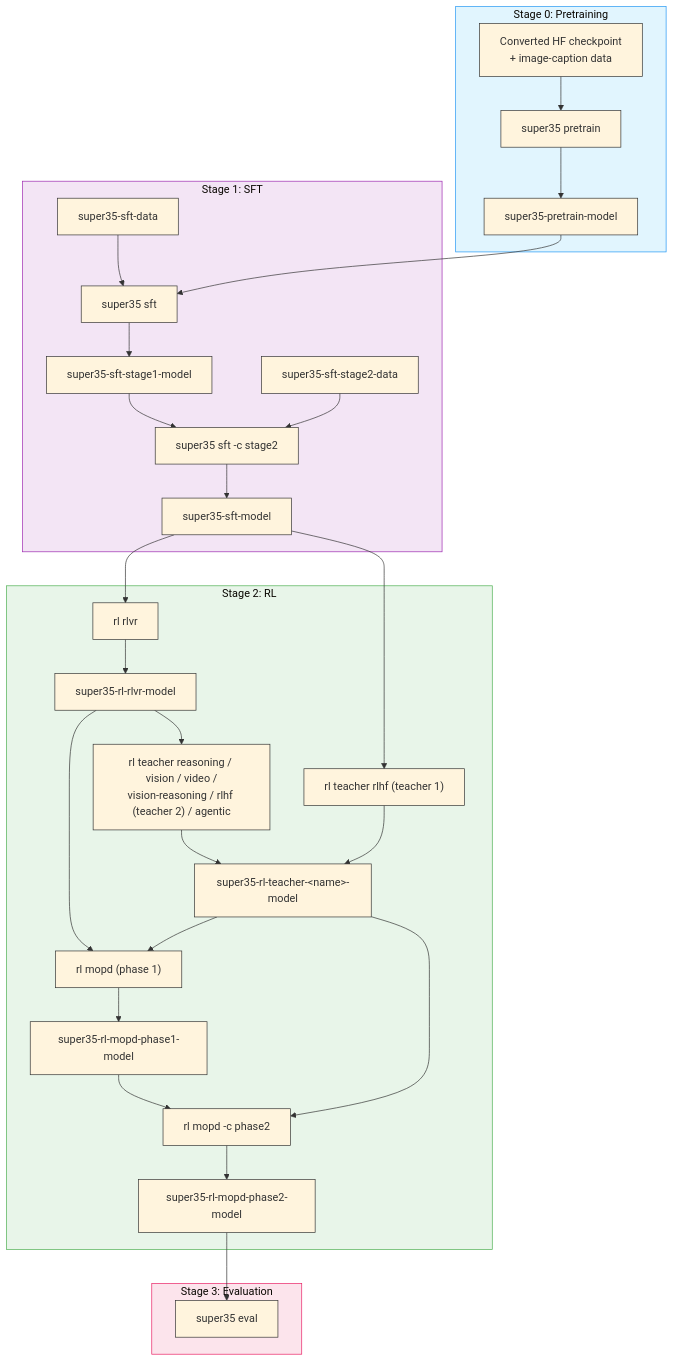
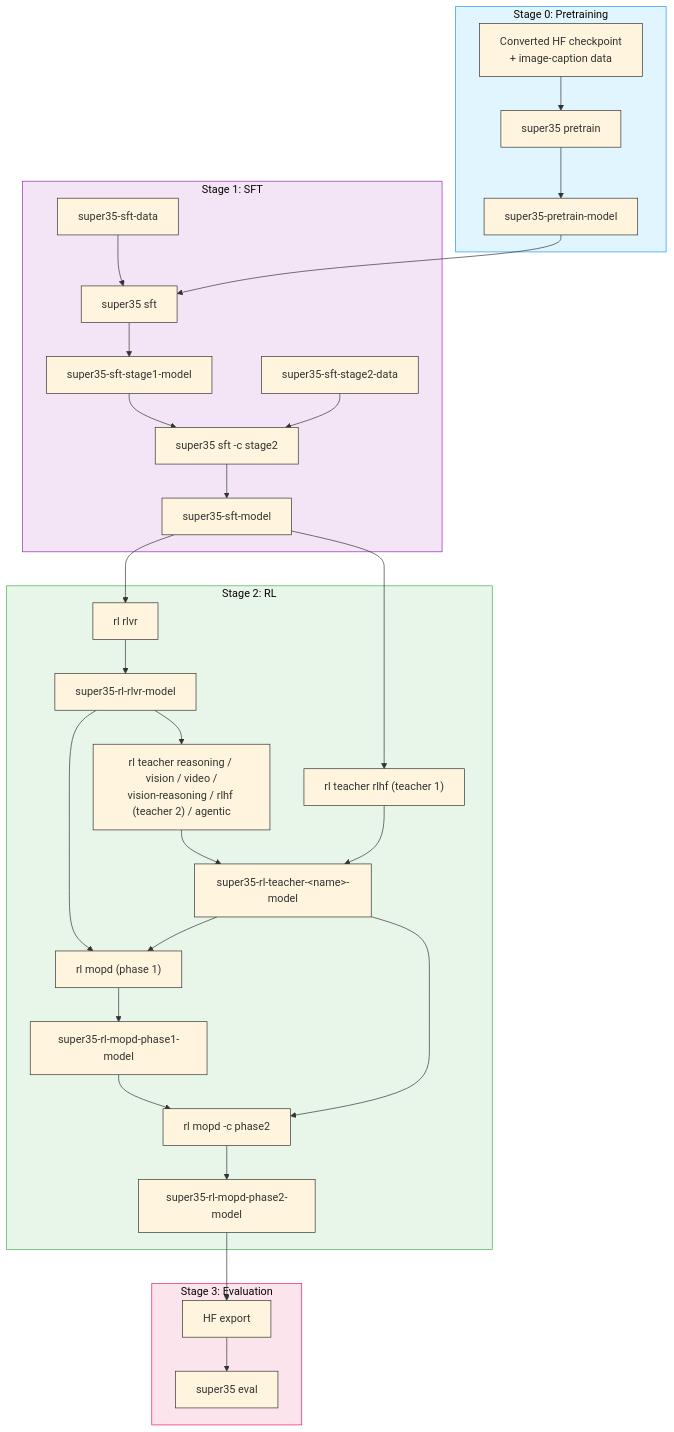
The second of 2 diagrams in docs/nemotron/super35/README.md (NVIDIA-NeMo/Nemotron), drawn with Mermaid before and after one commit. The commit also changed other lines of this file and 26 other files, not shown here.

````diff
--- a/docs/nemotron/super35/README.md
+++ b/docs/nemotron/super35/README.md
@@ -293,41 +229,41 @@
 ```mermaid
 %%{init: {'theme': 'base', 'themeVariables': { 'primaryBorderColor': '#333333', 'lineColor': '#333333', 'primaryTextColor': '#333333', 'clusterBkg': '#ffffff', 'clusterBorder': '#333333'}}}%%
 flowchart TB
     subgraph s0["Stage 0: Pretraining"]
         hf["Converted HF checkpoint<br/>+ image-caption data"] --> pre["super35 pretrain"]
         pre --> m0["super35-pretrain-model"]
     end
 
     subgraph s1["Stage 1: SFT"]
         d1["super35-sft-data"] --> sft["super35 sft"]
         m0 --> sft
         sft --> m1a["super35-sft-stage1-model"]
         m1a --> sft2["super35 sft -c stage2"]
         d2["super35-sft-stage2-data"] --> sft2
         sft2 --> m1["super35-sft-model"]
     end
 
     subgraph s2["Stage 2: RL"]
         m1 --> rlvr["rl rlvr"]
         rlvr --> mr["super35-rl-rlvr-model"]
         mr --> teachers["rl teacher reasoning / vision / video /<br/>vision-reasoning / rlhf (teacher 2) / agentic"]
         m1 --> rlhf1["rl teacher rlhf (teacher 1)"]
         teachers --> tm["super35-rl-teacher-&lt;name&gt;-model"]
         rlhf1 --> tm
         mr --> p1["rl mopd (phase 1)"]
         tm --> p1
         p1 --> mp1["super35-rl-mopd-phase1-model"]
         mp1 --> p2["rl mopd -c phase2"]
         tm --> p2
         p2 --> mp2["super35-rl-mopd-phase2-model"]
     end
 
     subgraph s3["Stage 3: Evaluation"]
-        mp2 --> ev["super35 eval"]
+        mp2 --> exp["HF export"] --> ev["super35 eval"]
     end
 
     style s0 fill:#e1f5fe,stroke:#2196f3
     style s1 fill:#f3e5f5,stroke:#9c27b0
     style s2 fill:#e8f5e9,stroke:#4caf50
     style s3 fill:#fce4ec,stroke:#e91e63
 ```
````
